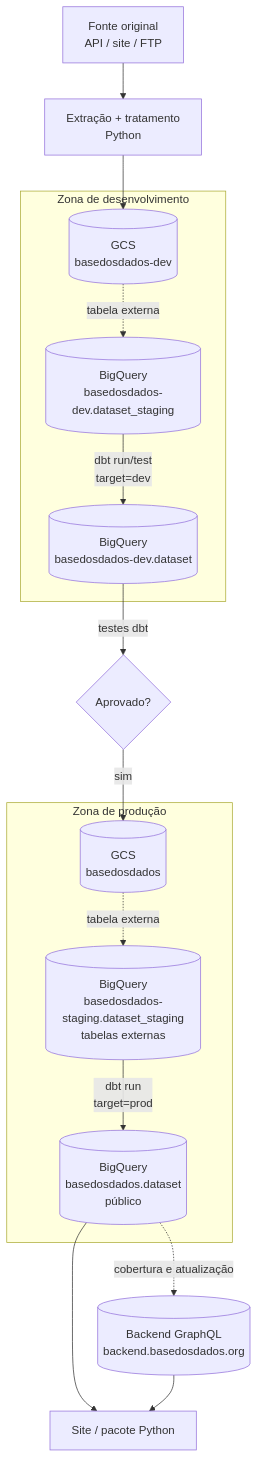
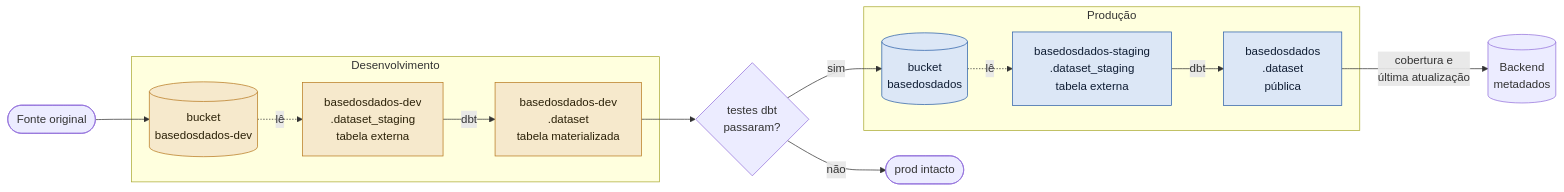
Before and after one commit to basedosdados/manual-equipe-dados: the first of 4 diagrams in docs/onboarding/fluxo-de-dados-e-infraestrutura.md, drawn with Mermaid. The commit also changed other lines of this file and 3 other files, not shown here.

````diff
--- a/docs/onboarding/fluxo-de-dados-e-infraestrutura.md
+++ b/docs/onboarding/fluxo-de-dados-e-infraestrutura.md
@@ -29,37 +31,29 @@
 ```mermaid
-flowchart TD
-    SRC[Fonte original<br/>API / site / FTP]
-    EXT[Extração + tratamento<br/>Python]
-    GCSDEV[(GCS<br/>basedosdados-dev)]
-    BQDEVSTG[(BigQuery<br/>basedosdados-dev.dataset_staging)]
-    BQDEV[(BigQuery<br/>basedosdados-dev.dataset)]
-    GATE{Aprovado?}
-    GCSPROD[(GCS<br/>basedosdados)]
-    BQPRODSTG[(BigQuery<br/>basedosdados-staging.dataset_staging<br/>tabelas externas)]
-    BQPROD[(BigQuery<br/>basedosdados.dataset<br/>público)]
-    API[(Backend GraphQL<br/>backend.basedosdados.org)]
-    SITE[Site / pacote Python]
-
-    SRC --> EXT
-    EXT --> GCSDEV
-    GCSDEV -. tabela externa .-> BQDEVSTG
-    BQDEVSTG -- dbt run/test<br/>target=dev --> BQDEV
-    BQDEV -- testes dbt --> GATE
-    GATE -- sim --> GCSPROD
-    GCSPROD -. tabela externa .-> BQPRODSTG
-    BQPRODSTG -- dbt run<br/>target=prod --> BQPROD
-    BQPROD -. cobertura e atualização .-> API
-    BQPROD --> SITE
-    API --> SITE
-
-    subgraph DEV[Zona de desenvolvimento]
-        GCSDEV
-        BQDEVSTG
-        BQDEV
+flowchart LR
+    SRC([Fonte original])
+    subgraph DEV[Desenvolvimento]
+        GD[(bucket<br/>basedosdados-dev)]
+        SD[basedosdados-dev<br/>.dataset_staging<br/>tabela externa]
+        TD[basedosdados-dev<br/>.dataset<br/>tabela materializada]
     end
-    subgraph PROD[Zona de produção]
-        GCSPROD
-        BQPRODSTG
-        BQPROD
+    GATE{testes dbt<br/>passaram?}
+    subgraph PROD[Produção]
+        GP[(bucket<br/>basedosdados)]
+        SP[basedosdados-staging<br/>.dataset_staging<br/>tabela externa]
+        TP[basedosdados<br/>.dataset<br/>pública]
     end
+    BE[(Backend<br/>metadados)]
+    SRC --> GD
+    GD -. lê .-> SD
+    SD -- dbt --> TD
+    TD --> GATE
+    GATE -- sim --> GP
+    GATE -- não --> STOP([prod intacto])
+    GP -. lê .-> SP
+    SP -- dbt --> TP
+    TP -- cobertura e<br/>última atualização --> BE
+    classDef dev fill:#f6e9cc,stroke:#b7791f,color:#2b2108
+    classDef prod fill:#dce7f6,stroke:#2b5fa8,color:#0f1d33
+    class GD,SD,TD dev
+    class GP,SP,TP prod
 ```
````
